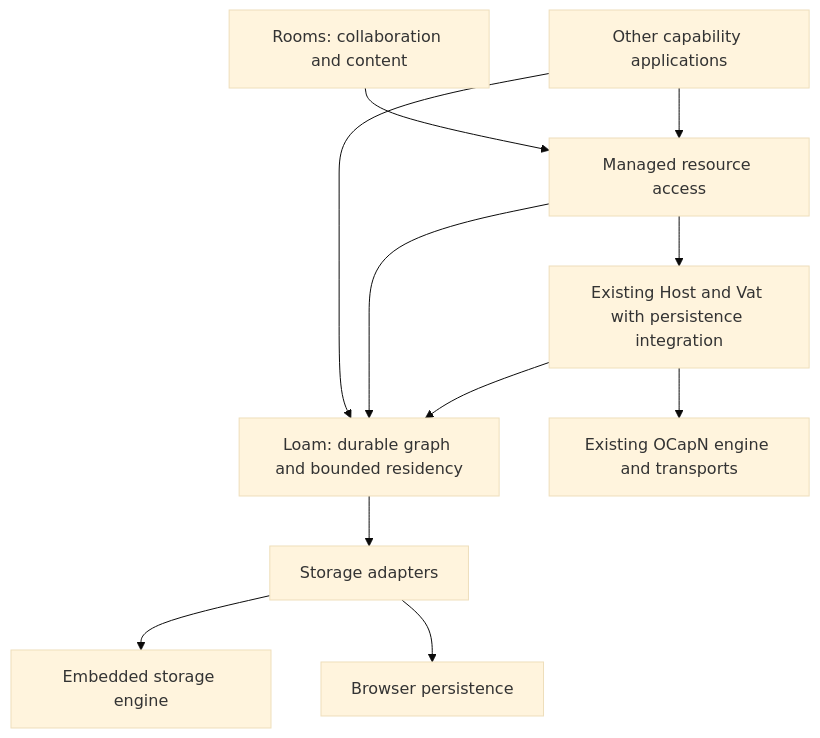
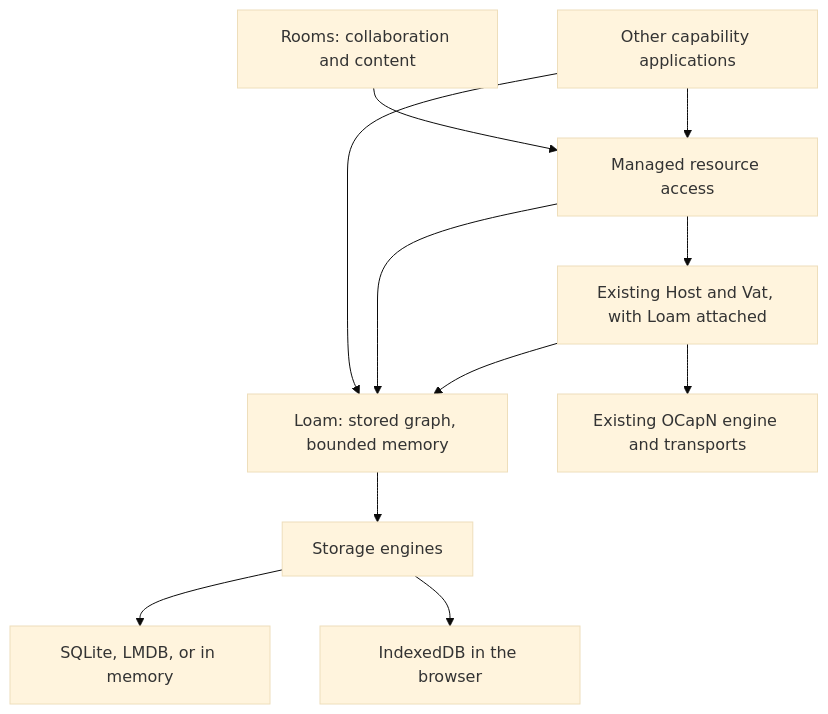
Before and after one commit to glowcap-org/glowcap: the first of 3 diagrams in docs/loam/architecture.md, drawn with Mermaid (base theme). The commit also changed other lines of this file and 2261 other files, not shown here.

Commit message:
Add SQLite storage and borrowed call-path views

````diff
--- a/docs/loam/architecture.md
+++ b/docs/loam/architecture.md
@@ -22,13 +32,13 @@
 ```mermaid
 flowchart TB
     Rooms[Rooms: collaboration and content] --> Access
     Other[Other capability applications] --> Access
     Other --> Durable
     Access[Managed resource access] --> Durable
     Access --> Hosting
-    Durable[Loam: durable graph and bounded residency] --> Backend
-    Hosting[Existing Host and Vat with persistence integration] --> Durable
+    Durable[Loam: stored graph, bounded memory] --> Engine
+    Hosting[Existing Host and Vat, with Loam attached] --> Durable
     Hosting --> Network[Existing OCapN engine and transports]
-    Backend[Storage adapters] --> StorageEngine[Embedded storage engine]
-    Backend --> Browser[Browser persistence]
+    Engine[Storage engines] --> StorageEngine[SQLite, LMDB, or in memory]
+    Engine --> Browser[IndexedDB in the browser]
 ```
````
